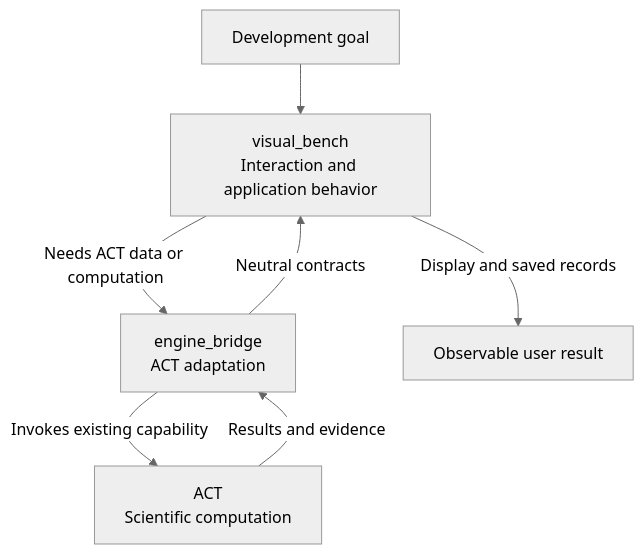
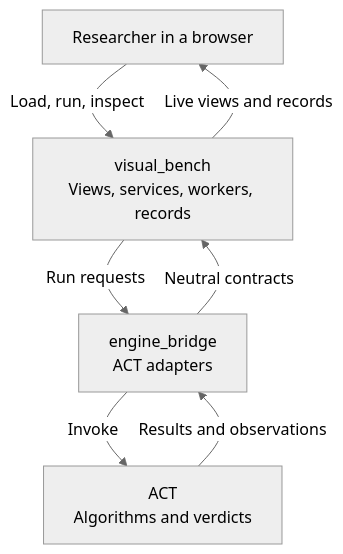
The diagram in README.md (SVF-tools/ACT-GUI), drawn with Mermaid (neutral theme) before and after one commit. The commit also changed other lines of this file and 23 other files, not shown here.

````diff
--- a/README.md
+++ b/README.md
@@ -38,9 +25,9 @@
 ```mermaid
 flowchart TB
-  Goal["Development goal"] --> WB["visual_bench<br/>Interaction and application behavior"]
-  WB -->|"Needs ACT data or computation"| EB["engine_bridge<br/>ACT adaptation"]
-  EB -->|"Invokes existing capability"| ACT["ACT<br/>Scientific computation"]
-  ACT -->|"Results and evidence"| EB
+  User["Researcher in a browser"] -->|"Load, run, inspect"| WB["visual_bench<br/>Views, services, workers, records"]
+  WB -->|"Run requests"| EB["engine_bridge<br/>ACT adapters"]
+  EB -->|"Invoke"| ACT["ACT<br/>Algorithms and verdicts"]
+  ACT -->|"Results and observations"| EB
   EB -->|"Neutral contracts"| WB
-  WB -->|"Display and saved records"| Outcome["Observable user result"]
+  WB -->|"Live views and records"| User
 ```
````
